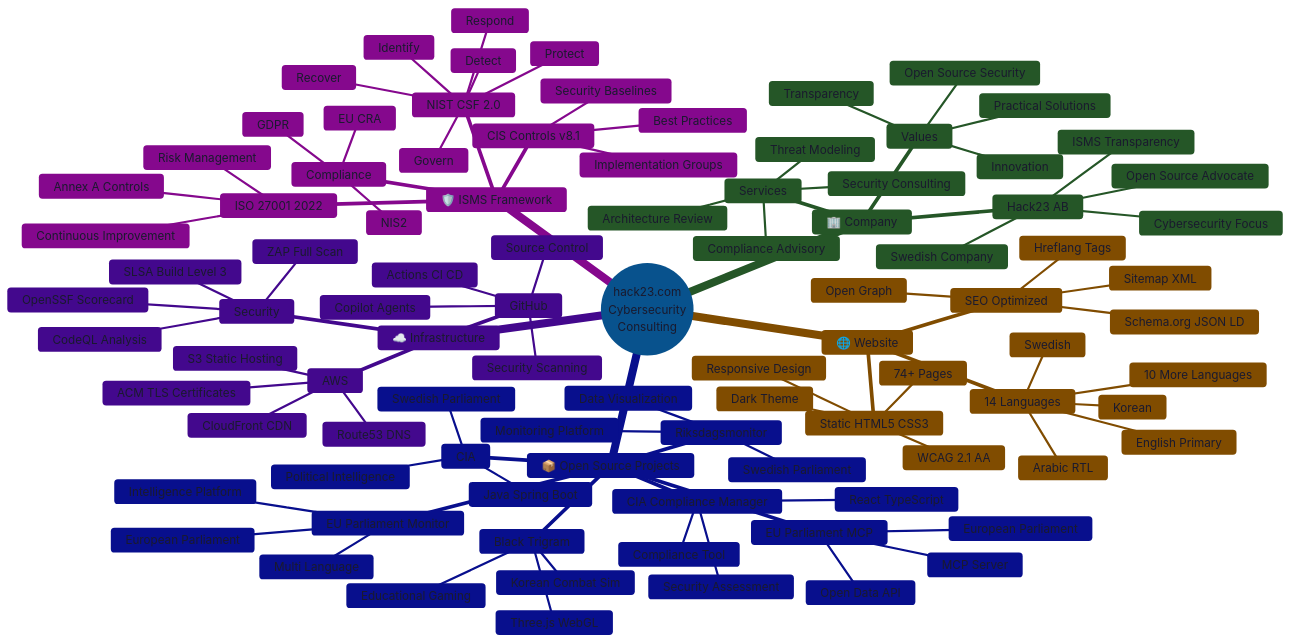
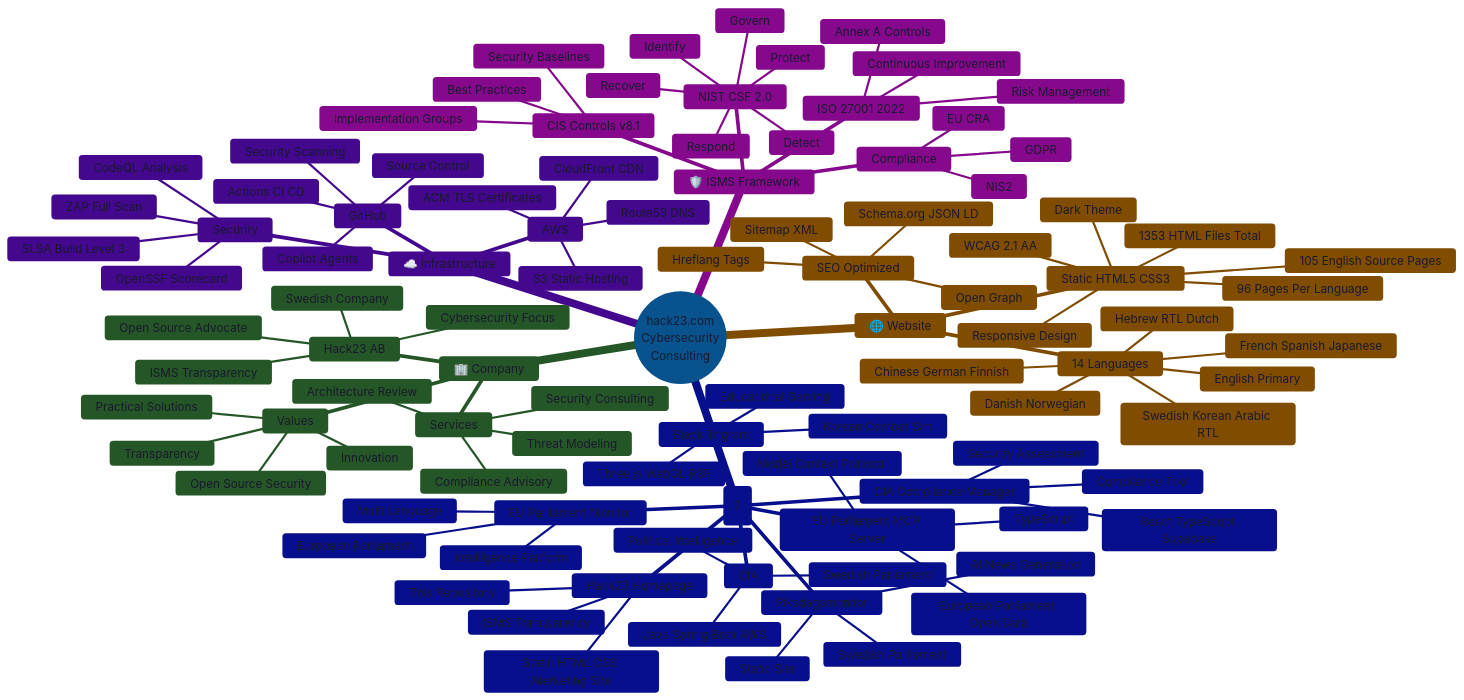
The first of 3 diagrams in MINDMAP.md (Hack23/homepage), drawn with Mermaid before and after one commit. The commit also changed other lines of this file and 3 other files, not shown here.

First line of the commit message:
docs: refresh DATA_MODEL/FLOWCHART/STATEDIAGRAM/MINDMAP

```diff
--- a/MINDMAP.md
+++ b/MINDMAP.md
@@ -63,46 +68,53 @@
         Innovation
     🌐 Website
       Static HTML5 CSS3
-        74+ Pages
+        1353 HTML Files Total
+        105 English Source Pages
+        96 Pages Per Language
         Responsive Design
         WCAG 2.1 AA
         Dark Theme
       14 Languages
         English Primary
-        Swedish
-        Korean
-        Arabic RTL
-        10 More Languages
+        Swedish Korean Arabic RTL
+        Chinese German Finnish
+        French Spanish Japanese
+        Hebrew RTL Dutch
+        Danish Norwegian
       SEO Optimized
         Schema.org JSON LD
         Open Graph
         Hreflang Tags
         Sitemap XML
-    📦 Open Source Projects
+    📦 Open Source Projects (7)
       CIA
         Political Intelligence
         Swedish Parliament
-        Java Spring Boot
+        Java Spring Boot AWS
       CIA Compliance Manager
         Security Assessment
         Compliance Tool
-        React TypeScript
+        React TypeScript Supabase
       Black Trigram
         Korean Combat Sim
-        Three.js WebGL
+        Three.js WebGL R3F
         Educational Gaming
-      EU Parliament MCP
-        MCP Server
-        European Parliament
-        Open Data API
+      EU Parliament MCP Server
+        Model Context Protocol
+        European Parliament Open Data
+        TypeScript
       Riksdagsmonitor
         Swedish Parliament
-        Monitoring Platform
-        Data Visualization
+        AI News Generation
+        Static Site
       EU Parliament Monitor
         European Parliament
         Intelligence Platform
         Multi Language
+      Hack23 Homepage
+        This Repository
+        Static HTML CSS Marketing Site
+        ISMS Transparency
     ☁️ Infrastructure
       AWS
         S3 Static Hosting
```
